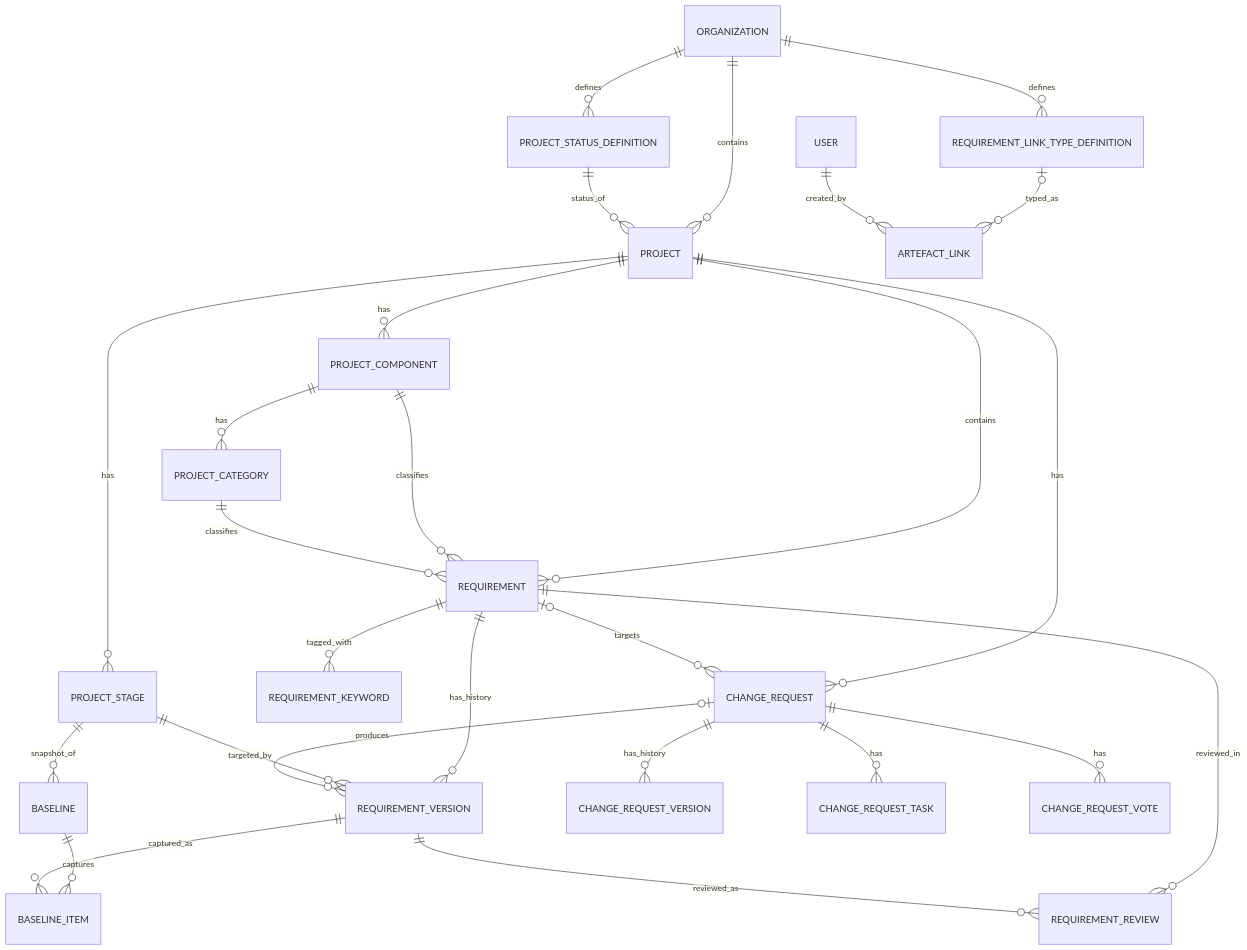
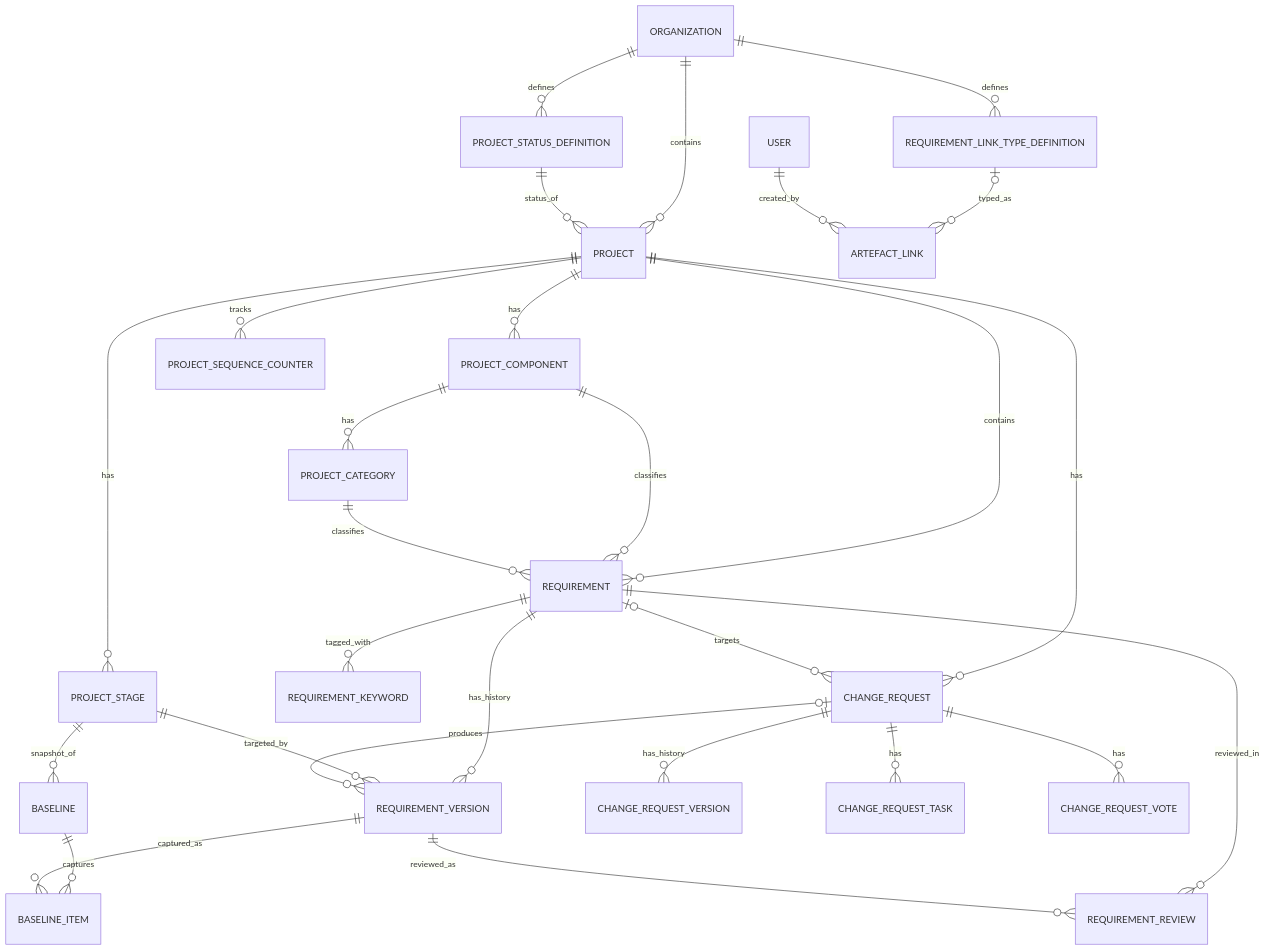
The fifth of 9 diagrams in docs/solution-architecture.md (ballardr/reqtrackmanager), drawn with Mermaid before and after one commit. The commit also changed other lines of this file and 9 other files, not shown here.

Commit message:
Phase 2 - Per-project sequence-number / unique-code generation

````diff
--- a/docs/solution-architecture.md
+++ b/docs/solution-architecture.md
@@ -393,29 +393,30 @@
 ```mermaid
 erDiagram
     ORGANIZATION ||--o{ PROJECT : contains
     ORGANIZATION ||--o{ PROJECT_STATUS_DEFINITION : defines
     PROJECT_STATUS_DEFINITION ||--o{ PROJECT : status_of
     PROJECT ||--o{ PROJECT_STAGE : has
     PROJECT ||--o{ PROJECT_COMPONENT : has
     PROJECT_COMPONENT ||--o{ PROJECT_CATEGORY : has
     PROJECT ||--o{ REQUIREMENT : contains
     PROJECT_COMPONENT ||--o{ REQUIREMENT : classifies
     PROJECT_CATEGORY ||--o{ REQUIREMENT : classifies
     REQUIREMENT ||--o{ REQUIREMENT_VERSION : has_history
     PROJECT_STAGE ||--o{ REQUIREMENT_VERSION : targeted_by
     ORGANIZATION ||--o{ REQUIREMENT_LINK_TYPE_DEFINITION : defines
     REQUIREMENT_LINK_TYPE_DEFINITION |o--o{ ARTEFACT_LINK : typed_as
     USER ||--o{ ARTEFACT_LINK : created_by
+    PROJECT ||--o{ PROJECT_SEQUENCE_COUNTER : tracks
     REQUIREMENT ||--o{ REQUIREMENT_KEYWORD : tagged_with
     REQUIREMENT ||--o{ REQUIREMENT_REVIEW : reviewed_in
     REQUIREMENT_VERSION ||--o{ REQUIREMENT_REVIEW : reviewed_as
     PROJECT_STAGE ||--o{ BASELINE : snapshot_of
     BASELINE ||--o{ BASELINE_ITEM : captures
     REQUIREMENT_VERSION ||--o{ BASELINE_ITEM : captured_as
     PROJECT ||--o{ CHANGE_REQUEST : has
     REQUIREMENT |o--o{ CHANGE_REQUEST : targets
     CHANGE_REQUEST ||--o{ CHANGE_REQUEST_VERSION : has_history
     CHANGE_REQUEST ||--o{ CHANGE_REQUEST_TASK : has
     CHANGE_REQUEST ||--o{ CHANGE_REQUEST_VOTE : has
     CHANGE_REQUEST |o--o{ REQUIREMENT_VERSION : produces
 ```
````
